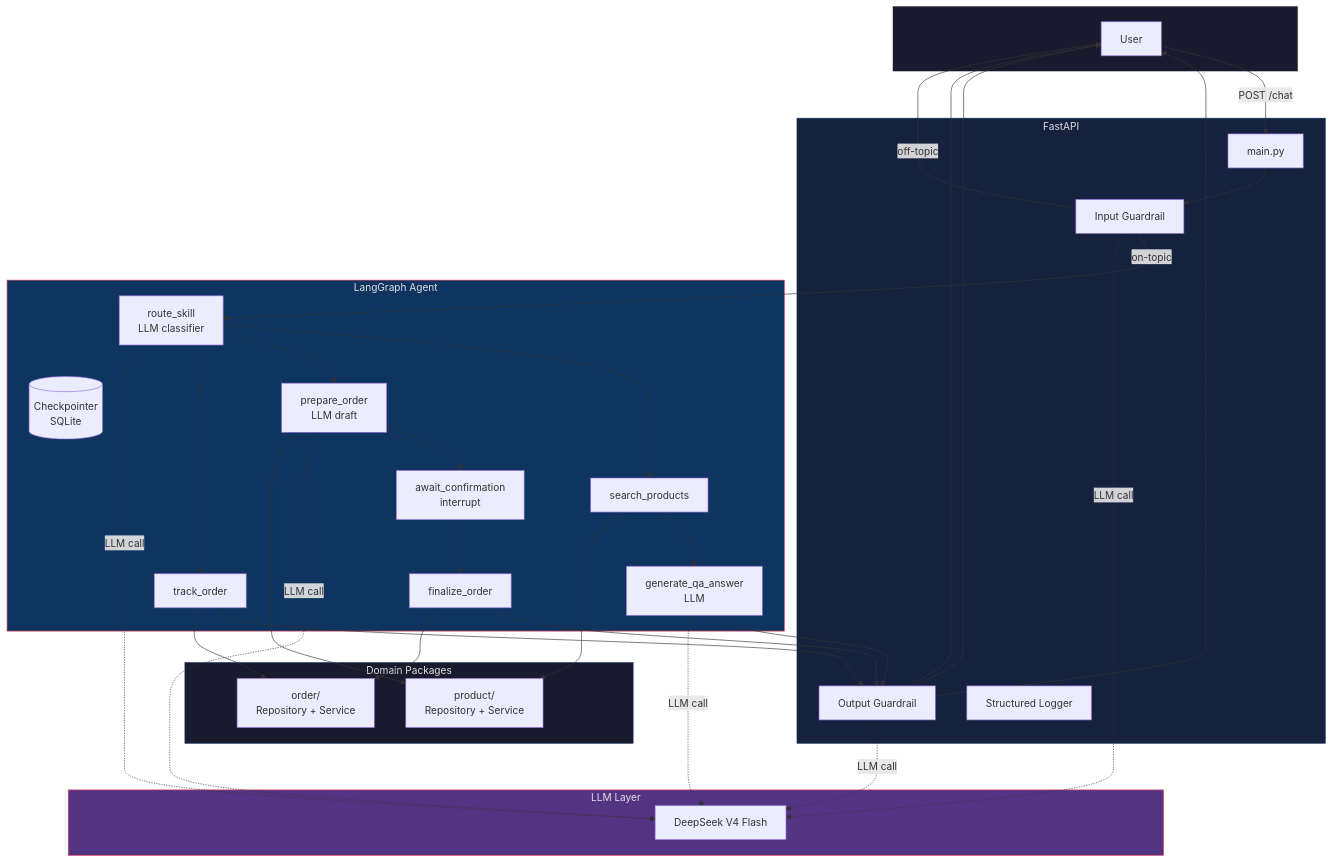
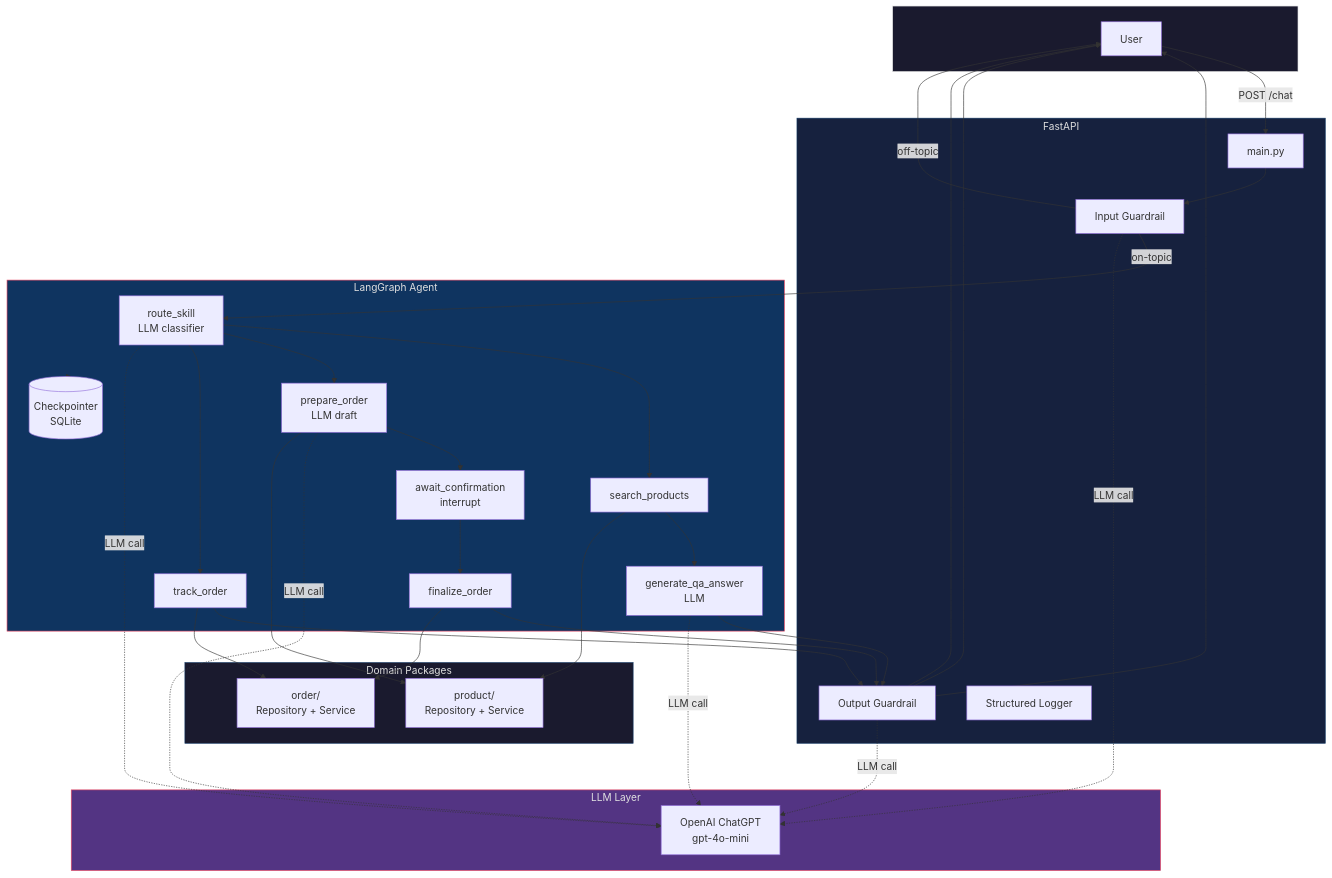
Before and after one commit to pcwieka/fastapi-langgraph-ai-agent: the second of 3 diagrams in README.md, drawn with Mermaid. The commit also changed other lines of this file and 9 other files, not shown here.

Commit message:
Use OpenAI ChatGPT client

````diff
--- a/README.md
+++ b/README.md
@@ -57,60 +57,60 @@
 ```mermaid
 flowchart TB
     subgraph Client[" "]
         User[User]
     end
 
     subgraph FastAPI["FastAPI"]
         Main[main.py]
         GuardIn[Input Guardrail]
         GuardOut[Output Guardrail]
         Logger[Structured Logger]
     end
 
     subgraph LangGraph["LangGraph Agent"]
         Router[route_skill<br/>LLM classifier]
         QA1[search_products]
         QA2[generate_qa_answer<br/>LLM]
         Ord1[prepare_order<br/>LLM draft]
         Ord2[await_confirmation<br/>interrupt]
         Ord3[finalize_order]
         Track[track_order]
         CP[("Checkpointer<br/>SQLite")]
     end
 
     subgraph LLM["LLM Layer"]
-        DeepSeek[DeepSeek V4 Flash]
+        OpenAI[OpenAI ChatGPT<br/>gpt-4o-mini]
     end
 
     subgraph Domains["Domain Packages"]
         Product[product/<br/>Repository + Service]
         Order[order/<br/>Repository + Service]
     end
 
     User -->|"POST /chat"| Main
     Main --> GuardIn
     GuardIn -->|on-topic| Router
     GuardIn -->|off-topic| User
     Router --> QA1 --> QA2
     Router --> Ord1 --> Ord2 --> Ord3
     Router --> Track
     QA2 --> GuardOut --> User
     Ord3 --> GuardOut --> User
     Track --> GuardOut --> User
-    QA2 -.->|LLM call| DeepSeek
-    Ord1 -.->|LLM call| DeepSeek
-    Router -.->|LLM call| DeepSeek
-    GuardIn -.->|LLM call| DeepSeek
-    GuardOut -.->|LLM call| DeepSeek
+    QA2 -.->|LLM call| OpenAI
+    Ord1 -.->|LLM call| OpenAI
+    Router -.->|LLM call| OpenAI
+    GuardIn -.->|LLM call| OpenAI
+    GuardOut -.->|LLM call| OpenAI
     LangGraph --> CP
     QA1 --> Product
     Ord1 --> Product
     Ord3 --> Order
     Track --> Order
 
     style Client fill:#1a1a2e,stroke:#e0e0e0,color:#e0e0e0
     style FastAPI fill:#16213e,stroke:#0f3460,color:#e0e0e0
     style LangGraph fill:#0f3460,stroke:#e94560,color:#e0e0e0
     style LLM fill:#533483,stroke:#e94560,color:#e0e0e0
     style Domains fill:#1a1a2e,stroke:#0f3460,color:#e0e0e0
 ```
````
